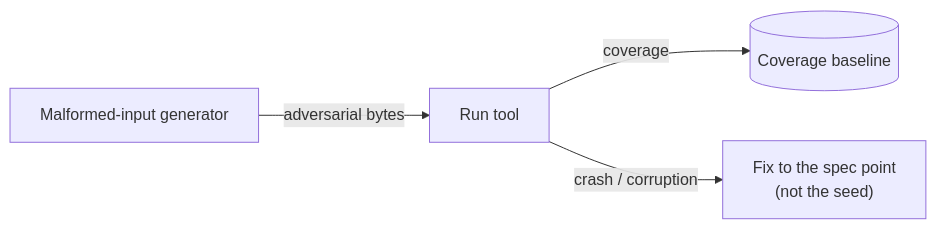
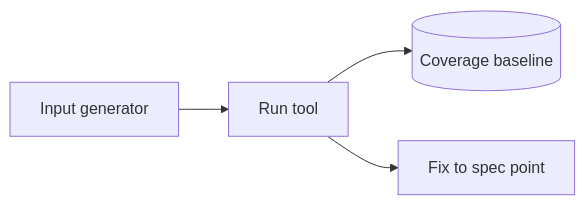
One commit to davisjam/agent-governance-mechanisms changed the diagram in book/appendix-fills/product/fuzz-campaigns.md. Above: the diagram before and after it, drawn with Mermaid. The commit also changed 21 other files, not shown here.

````diff
--- a/book/appendix-fills/product/fuzz-campaigns.md
+++ b/book/appendix-fills/product/fuzz-campaigns.md
@@ -36,6 +36,6 @@
 ```mermaid
 flowchart LR
-  Gen[Malformed-input generator] -->|adversarial bytes| Run[Run tool]
-  Run -->|coverage| Base[(Coverage baseline)]
-  Run -->|crash / corruption| Fix["Fix to the spec point<br/>(not the seed)"]
+  Gen[Input generator] --> Run[Run tool]
+  Run --> Base[(Coverage baseline)]
+  Run --> Fix[Fix to spec point]
 ```
````
